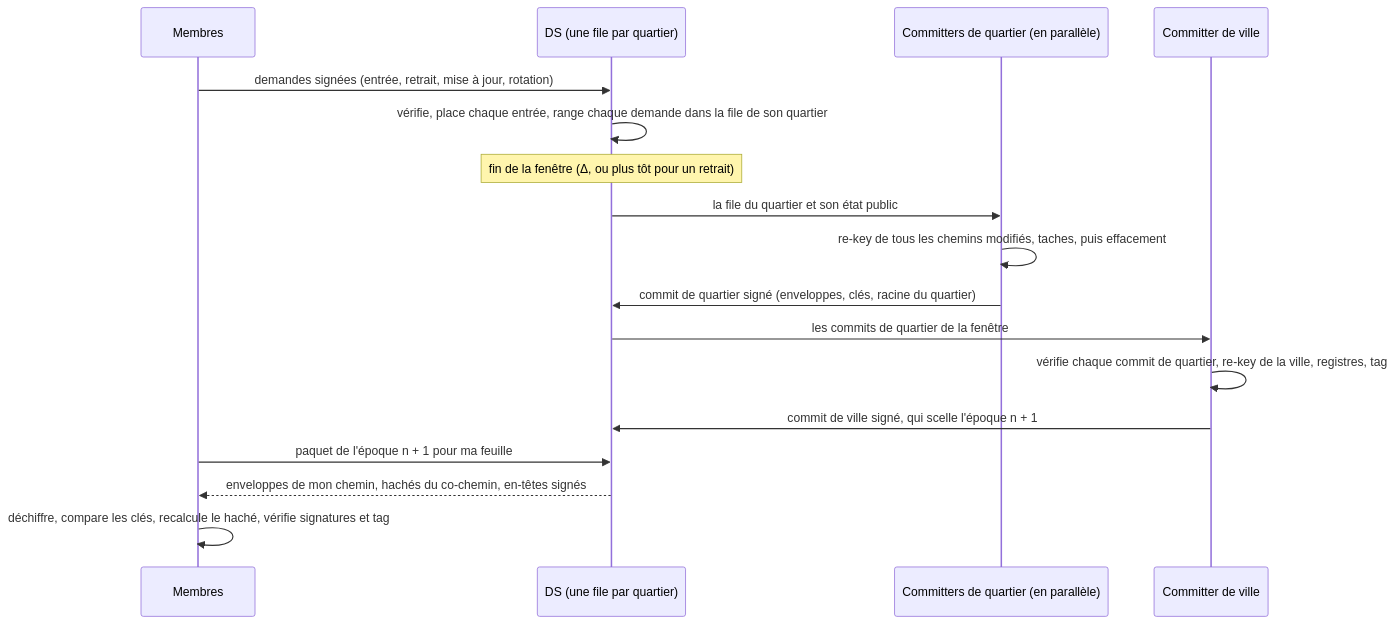
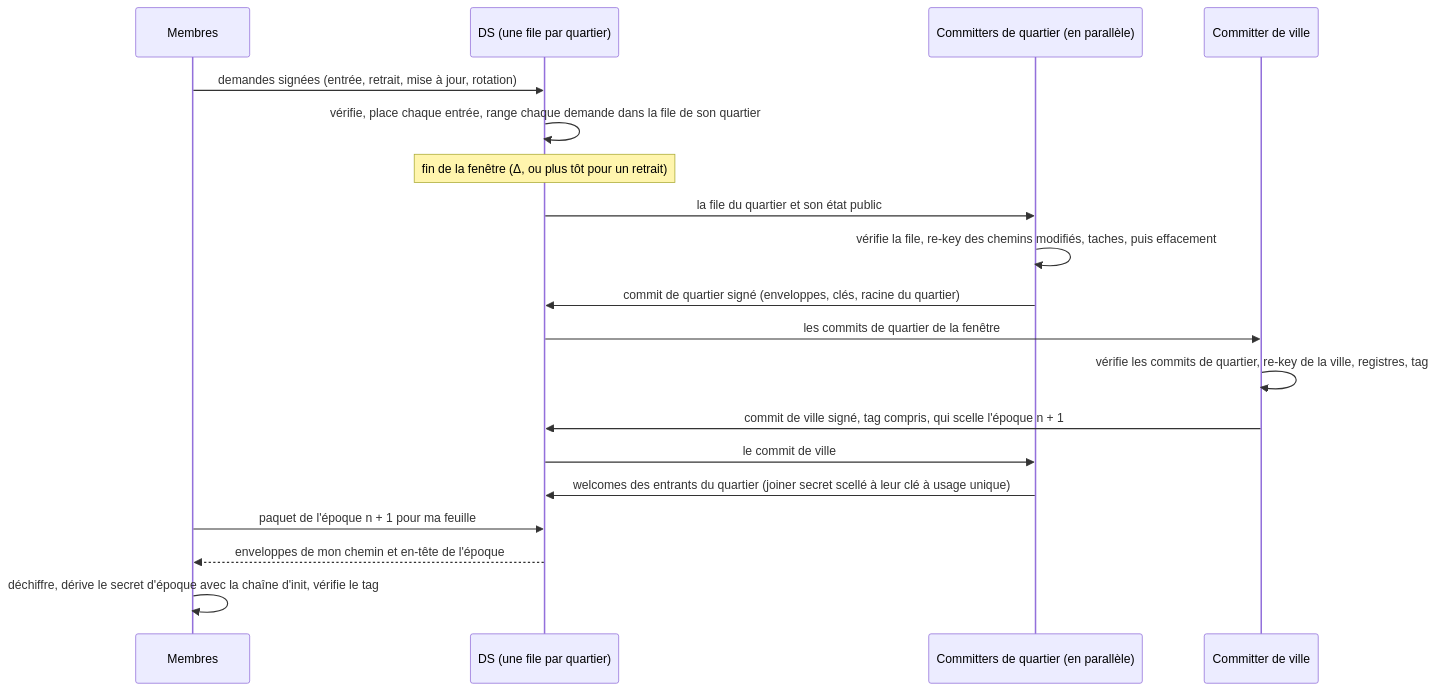
Before and after one commit to pwnsdx/cityg: the diagram in docs/research/grands-groupes-2026-09-25.md, drawn with Mermaid. The commit also changed other lines of this file and 22 other files, not shown here.

````diff
--- a/docs/research/grands-groupes-2026-09-25.md
+++ b/docs/research/grands-groupes-2026-09-25.md
@@ -188,19 +213,21 @@
 ```mermaid
 sequenceDiagram
     participant M as Membres
     participant DS as DS (une file par quartier)
     participant Q as Committers de quartier (en parallèle)
     participant V as Committer de ville
     M->>DS: demandes signées (entrée, retrait, mise à jour, rotation)
     DS->>DS: vérifie, place chaque entrée, range chaque demande dans la file de son quartier
     Note over DS: fin de la fenêtre (Δ, ou plus tôt pour un retrait)
     DS->>Q: la file du quartier et son état public
-    Q->>Q: re-key de tous les chemins modifiés, taches, puis effacement
+    Q->>Q: vérifie la file, re-key des chemins modifiés, taches, puis effacement
     Q->>DS: commit de quartier signé (enveloppes, clés, racine du quartier)
     DS->>V: les commits de quartier de la fenêtre
-    V->>V: vérifie chaque commit de quartier, re-key de la ville, registres, tag
-    V->>DS: commit de ville signé, qui scelle l'époque n + 1
+    V->>V: vérifie les commits de quartier, re-key de la ville, registres, tag
+    V->>DS: commit de ville signé, tag compris, qui scelle l'époque n + 1
+    DS->>Q: le commit de ville
+    Q->>DS: welcomes des entrants du quartier (joiner secret scellé à leur clé à usage unique)
     M->>DS: paquet de l'époque n + 1 pour ma feuille
-    DS-->>M: enveloppes de mon chemin, hachés du co-chemin, en-têtes signés
-    M->>M: déchiffre, compare les clés, recalcule le haché, vérifie signatures et tag
+    DS-->>M: enveloppes de mon chemin et en-tête de l'époque
+    M->>M: déchiffre, dérive le secret d'époque avec la chaîne d'init, vérifie le tag
 ```
````
